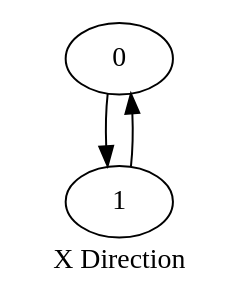
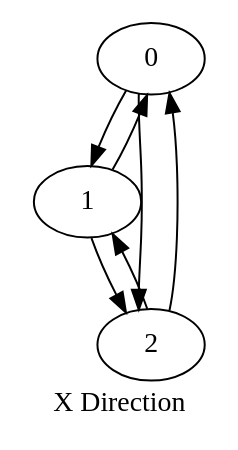
One commit to KIKI007/FrameInterlock changed the diagram in cmake-build-debug/tmp_0.dot. Above: the diagram before and after it, drawn with Graphviz. The commit also changed 27 other files, not shown here.

```diff
--- a/cmake-build-debug/tmp_0.dot
+++ b/cmake-build-debug/tmp_0.dot
@@ -1,4 +1,8 @@
 digraph {
 label="X Direction"0 -> 1
+0 -> 2
 1 -> 0
+1 -> 2
+2 -> 0
+2 -> 1
 }
```
